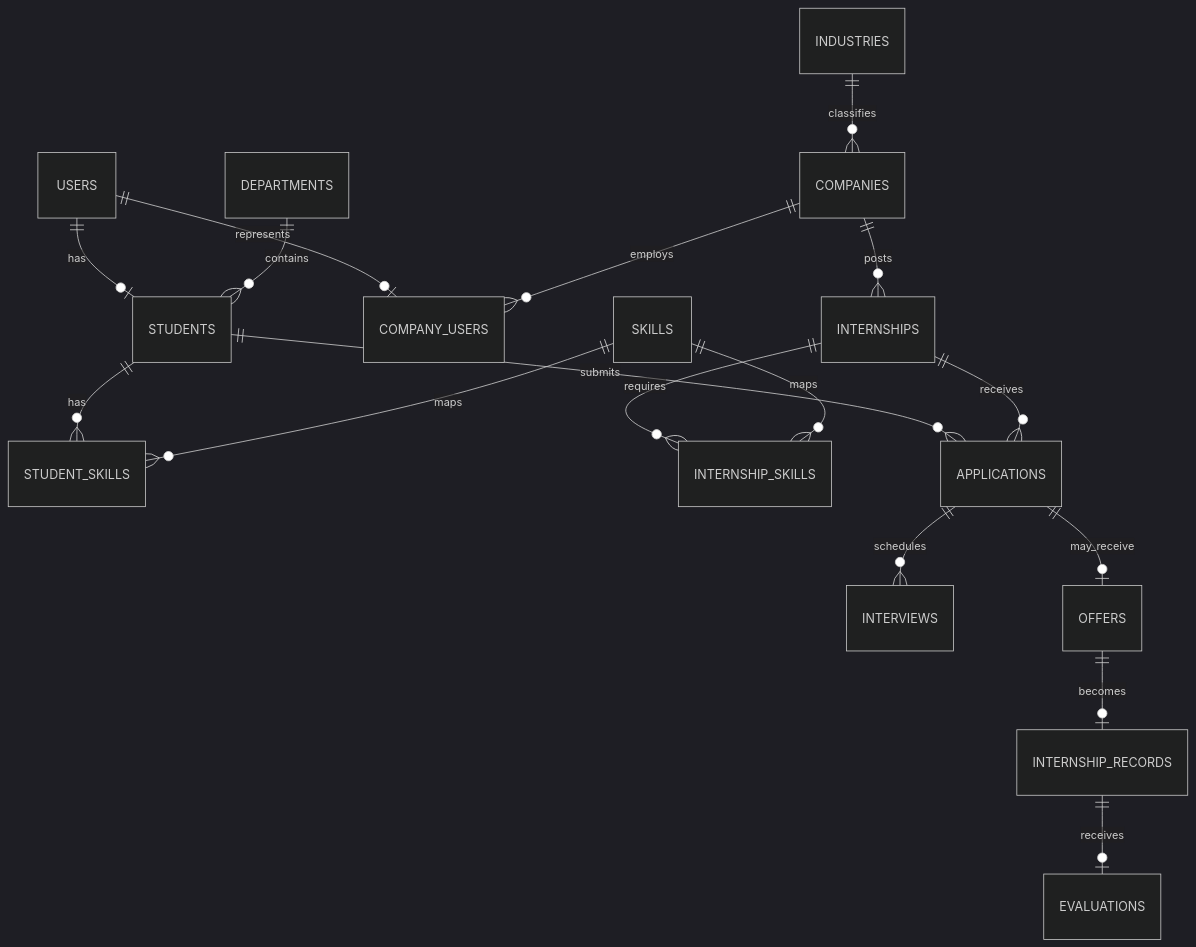
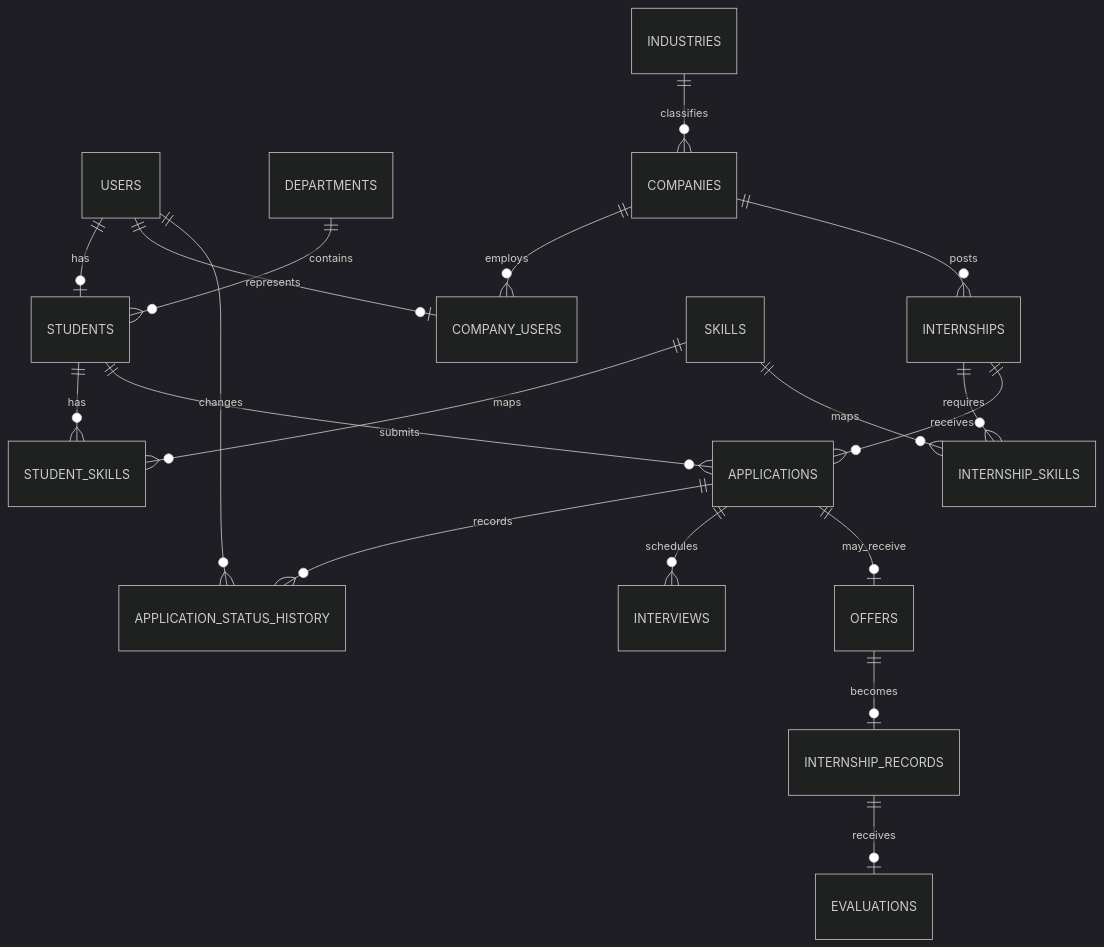
One commit to AagneyVk/CampusHire changed the diagram in docs/er-diagram.md. Above: the diagram before and after it, drawn with Mermaid (dark theme). The commit also changed other lines of this file and 42 other files, not shown here.

````diff
--- a/docs/er-diagram.md
+++ b/docs/er-diagram.md
@@ -2,19 +2,21 @@
 ```mermaid
 erDiagram
  USERS ||--o| STUDENTS : has
  USERS ||--o| COMPANY_USERS : represents
+ USERS ||--o{ APPLICATION_STATUS_HISTORY : changes
  DEPARTMENTS ||--o{ STUDENTS : contains
  INDUSTRIES ||--o{ COMPANIES : classifies
  COMPANIES ||--o{ COMPANY_USERS : employs
  COMPANIES ||--o{ INTERNSHIPS : posts
  STUDENTS ||--o{ STUDENT_SKILLS : has
  SKILLS ||--o{ STUDENT_SKILLS : maps
  INTERNSHIPS ||--o{ INTERNSHIP_SKILLS : requires
  SKILLS ||--o{ INTERNSHIP_SKILLS : maps
  STUDENTS ||--o{ APPLICATIONS : submits
  INTERNSHIPS ||--o{ APPLICATIONS : receives
+ APPLICATIONS ||--o{ APPLICATION_STATUS_HISTORY : records
  APPLICATIONS ||--o{ INTERVIEWS : schedules
  APPLICATIONS ||--o| OFFERS : may_receive
  OFFERS ||--o| INTERNSHIP_RECORDS : becomes
  INTERNSHIP_RECORDS ||--o| EVALUATIONS : receives
 ```
````
